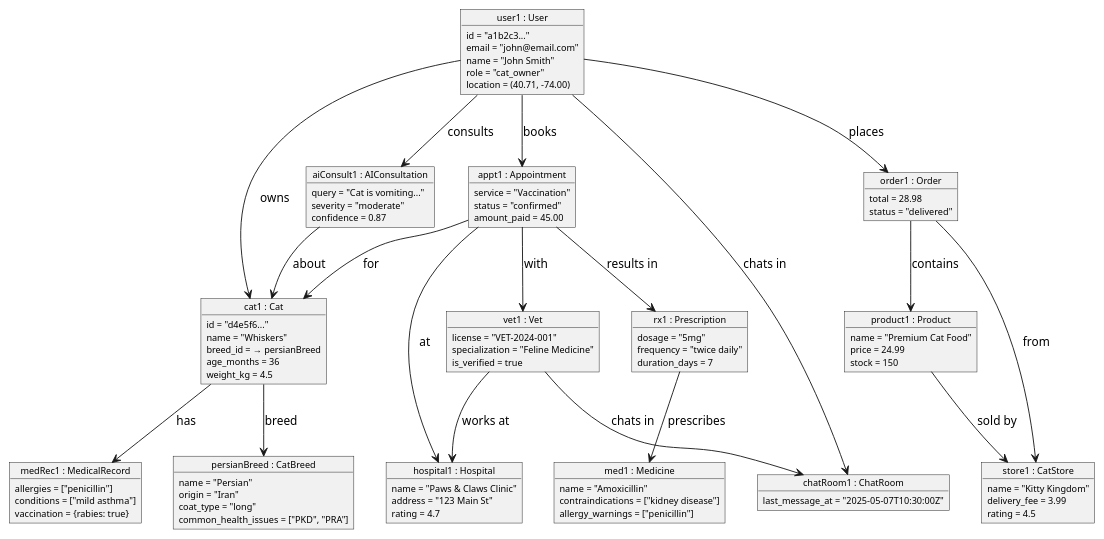
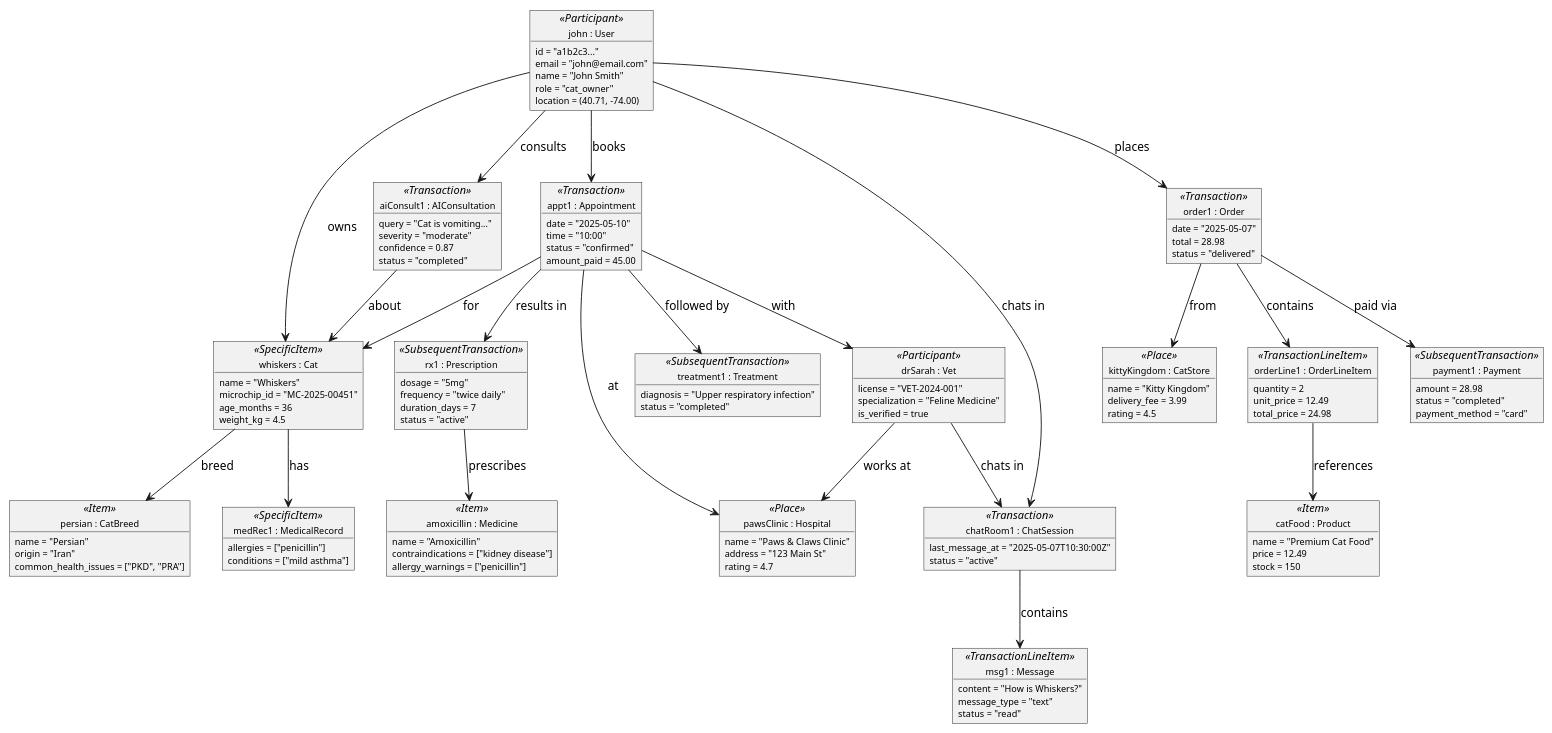
The second of 2 diagrams in docs/design/04-object-diagram.md (hixam001/purrfect-care), drawn with PlantUML before and after one commit. The commit also changed other lines of this file and 3 other files, not shown here.

Commit message:
Updated the code for transaction diagrams Fixed the Swimlane diagrams

```diff
--- a/docs/design/04-object-diagram.md
+++ b/docs/design/04-object-diagram.md
@@ -422,8 +448,9 @@
 @startuml CompleteObjectDiagram
 skinparam objectFontSize 11
 skinparam objectAttributeFontSize 10
+skinparam stereotypeFontSize 9
 
-object "user1 : User" as u1 {
+object "john : User" as u1 <<Participant>> {
     id = "a1b2c3..."
     email = "john@email.com"
     name = "John Smith"
@@ -431,82 +458,107 @@
     location = (40.71, -74.00)
 }
 
-object "cat1 : Cat" as c1 {
-    id = "d4e5f6..."
+object "whiskers : Cat" as c1 <<SpecificItem>> {
     name = "Whiskers"
-    breed_id = → persianBreed
+    microchip_id = "MC-2025-00451"
     age_months = 36
     weight_kg = 4.5
 }
 
-object "persianBreed : CatBreed" as b1 {
+object "persian : CatBreed" as b1 <<Item>> {
     name = "Persian"
     origin = "Iran"
-    coat_type = "long"
     common_health_issues = ["PKD", "PRA"]
 }
 
-object "medRec1 : MedicalRecord" as mr1 {
+object "medRec1 : MedicalRecord" as mr1 <<SpecificItem>> {
     allergies = ["penicillin"]
     conditions = ["mild asthma"]
-    vaccination = {rabies: true}
 }
 
-object "vet1 : Vet" as v1 {
+object "drSarah : Vet" as v1 <<Participant>> {
     license = "VET-2024-001"
     specialization = "Feline Medicine"
     is_verified = true
 }
 
-object "hospital1 : Hospital" as h1 {
+object "pawsClinic : Hospital" as h1 <<Place>> {
     name = "Paws & Claws Clinic"
     address = "123 Main St"
     rating = 4.7
 }
 
-object "appt1 : Appointment" as a1 {
-    service = "Vaccination"
+object "appt1 : Appointment" as a1 <<Transaction>> {
+    date = "2025-05-10"
+    time = "10:00"
     status = "confirmed"
     amount_paid = 45.00
 }
 
-object "rx1 : Prescription" as rx1 {
+object "treatment1 : Treatment" as t1 <<SubsequentTransaction>> {
+    diagnosis = "Upper respiratory infection"
+    status = "completed"
+}
+
+object "rx1 : Prescription" as rx1 <<SubsequentTransaction>> {
     dosage = "5mg"
     frequency = "twice daily"
     duration_days = 7
+    status = "active"
 }
 
-object "med1 : Medicine" as m1 {
+object "amoxicillin : Medicine" as m1 <<Item>> {
     name = "Amoxicillin"
     contraindications = ["kidney disease"]
     allergy_warnings = ["penicillin"]
 }
 
-object "store1 : CatStore" as s1 {
+object "kittyKingdom : CatStore" as s1 <<Place>> {
     name = "Kitty Kingdom"
     delivery_fee = 3.99
     rating = 4.5
 }
 
-object "product1 : Product" as p1 {
-    name = "Premium Cat Food"
-    price = 24.99
-    stock = 150
-}
-
-object "order1 : Order" as o1 {
+object "order1 : Order" as o1 <<Transaction>> {
+    date = "2025-05-07"
     total = 28.98
     status = "delivered"
 }
 
-object "chatRoom1 : ChatRoom" as cr1 {
-    last_message_at = "2025-05-07T10:30:00Z"
+object "orderLine1 : OrderLineItem" as ol1 <<TransactionLineItem>> {
+    quantity = 2
+    unit_price = 12.49
+    total_price = 24.98
 }
 
-object "aiConsult1 : AIConsultation" as ai1 {
+object "catFood : Product" as p1 <<Item>> {
+    name = "Premium Cat Food"
+    price = 12.49
+    stock = 150
+}
+
+object "payment1 : Payment" as pay1 <<SubsequentTransaction>> {
+    amount = 28.98
+    status = "completed"
+    payment_method = "card"
+}
+
+object "chatRoom1 : ChatSession" as cr1 <<Transaction>> {
+    last_message_at = "2025-05-07T10:30:00Z"
+    status = "active"
+}
+
+object "msg1 : Message" as msg1 <<TransactionLineItem>> {
+    content = "How is Whiskers?"
+    message_type = "text"
+    status = "read"
+}
+
+object "aiConsult1 : AIConsultation" as ai1 <<Transaction>> {
     query = "Cat is vomiting..."
     severity = "moderate"
     confidence = 0.87
+    status = "completed"
 }
 
 u1 --> c1 : owns
@@ -517,14 +569,17 @@
 a1 --> v1 : with
 a1 --> h1 : at
 v1 --> h1 : works at
+a1 --> t1 : followed by
 a1 --> rx1 : results in
 rx1 --> m1 : prescribes
 u1 --> o1 : places
 o1 --> s1 : from
-o1 --> p1 : contains
-p1 --> s1 : sold by
+o1 --> ol1 : contains
+ol1 --> p1 : references
+o1 --> pay1 : paid via
 u1 --> cr1 : chats in
 v1 --> cr1 : chats in
+cr1 --> msg1 : contains
 u1 --> ai1 : consults
 ai1 --> c1 : about
 
```
